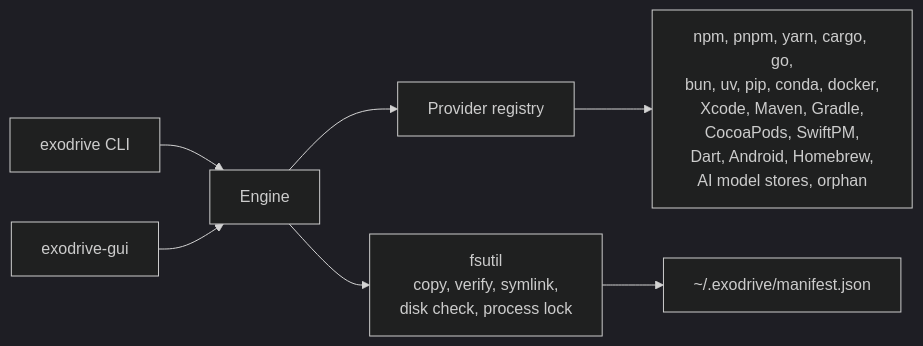
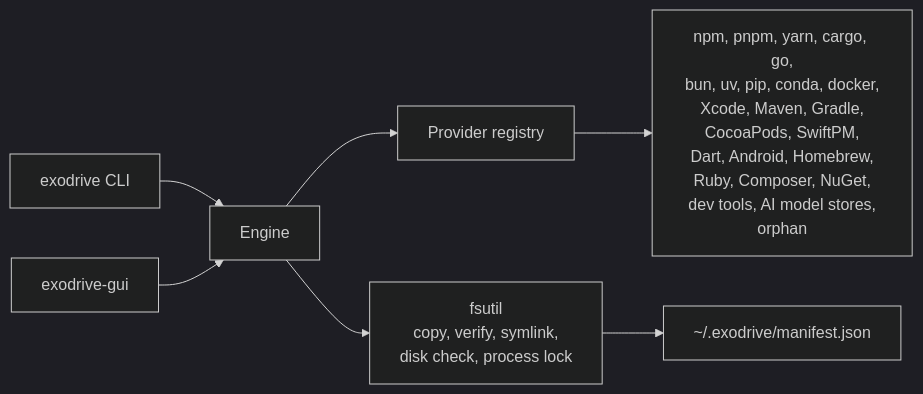
One commit to Jungley8/exodrive changed the diagram in README.md. Above: the diagram before and after it, drawn with Mermaid (dark theme). The commit also changed other lines of this file and 14 other files, not shown here.

First line of the commit message:
feat(providers): move Ruby, Composer, NuGet, and dev tool caches

````diff
--- a/README.md
+++ b/README.md
@@ -43,9 +43,9 @@
 ```mermaid
 flowchart LR
     CLI["exodrive CLI"] --> Engine
     GUI["exodrive-gui"] --> Engine
     Engine --> Registry["Provider registry"]
-    Registry --> P["npm, pnpm, yarn, cargo, go,<br/>bun, uv, pip, conda, docker,<br/>Xcode, Maven, Gradle,<br/>CocoaPods, SwiftPM,<br/>Dart, Android, Homebrew,<br/>AI model stores, orphan"]
+    Registry --> P["npm, pnpm, yarn, cargo, go,<br/>bun, uv, pip, conda, docker,<br/>Xcode, Maven, Gradle,<br/>CocoaPods, SwiftPM,<br/>Dart, Android, Homebrew,<br/>Ruby, Composer, NuGet,<br/>dev tools, AI model stores,<br/>orphan"]
     Engine --> FS["fsutil<br/>copy, verify, symlink,<br/>disk check, process lock"]
     FS --> Ledger["~/.exodrive/manifest.json"]
 ```
````
